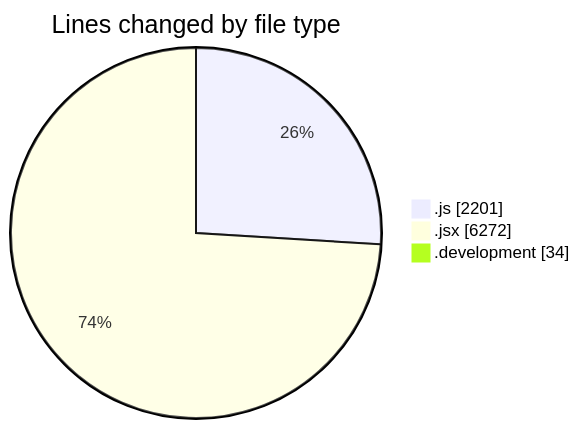
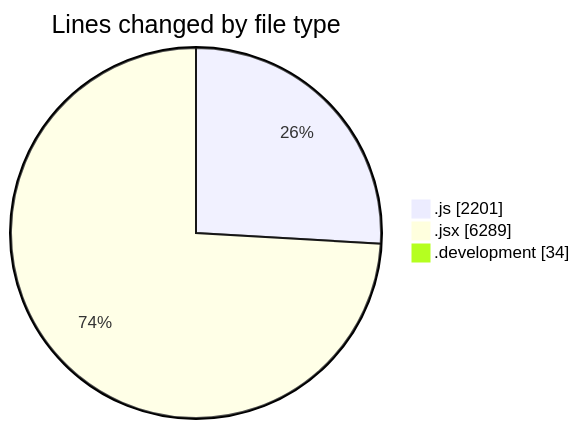
The first of 2 diagrams in 2025-09-18/nxtqube_webapp/README.md (nxtqubesakshisongat/code-tracking), drawn with Mermaid before and after one commit. The commit also changed other lines of this file and 1 other file, not shown here.

````diff
--- a/2025-09-18/nxtqube_webapp/README.md
+++ b/2025-09-18/nxtqube_webapp/README.md
@@ -38,7 +38,7 @@
 ```mermaid
 pie showData
 title Lines changed by file type
 ".js" : 2201
-".jsx" : 6272
+".jsx" : 6289
 ".development" : 34
 ```
````
